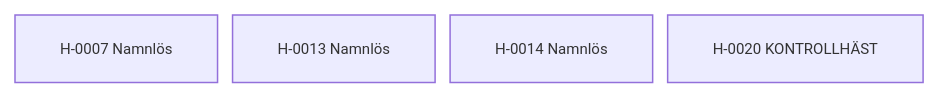
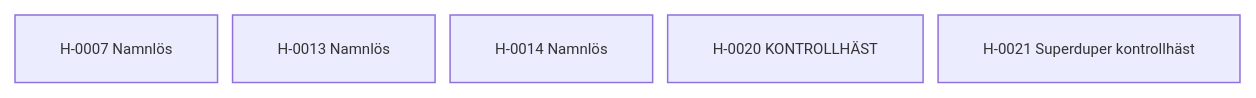
One commit to awoltmp/horse-registry changed the diagram in content/Stamtavlor/Fristående hästar.md. Above: the diagram before and after it, drawn with Mermaid. The commit also changed other lines of this file and 68 other files, not shown here.

````diff
--- a/content/Stamtavlor/Fristående hästar.md
+++ b/content/Stamtavlor/Fristående hästar.md
@@ -23,9 +23,10 @@
 ```mermaid
 %%{init: {"flowchart": {"nodeSpacing": 10, "rankSpacing": 18, "curve": "basis", "htmlLabels": true}, "themeVariables": {"fontSize": "10px"}}}%%
 flowchart TB
     h0["H-0007 Namnlös"]
     h1["H-0013 Namnlös"]
     h2["H-0014 Namnlös"]
     h3["H-0020 KONTROLLHÄST"]
-    class h0,h1,h2,h3 internal-link;
+    h4["H-0021 Superduper kontrollhäst"]
+    class h0,h1,h2,h3,h4 internal-link;
 ```
````
